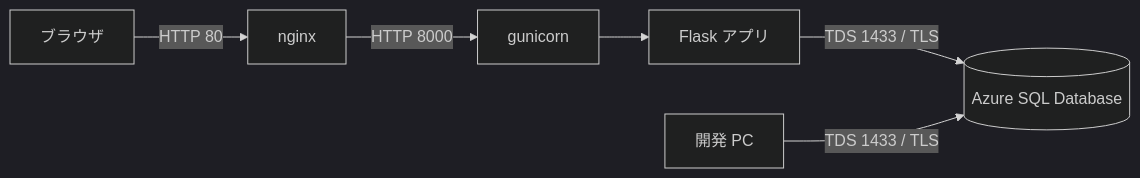
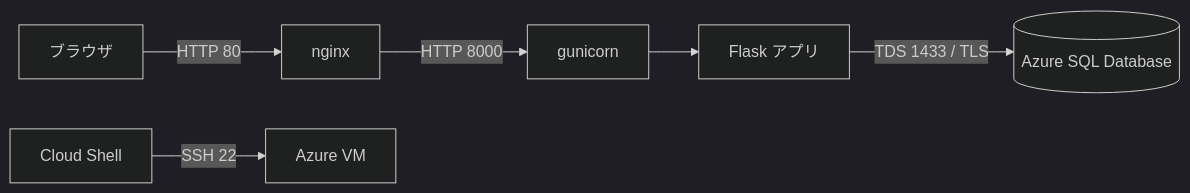
The second of 8 diagrams in docs/design.md (m-oka-system/mssql-todo-app), drawn with Mermaid (dark theme) before and after one commit. The commit also changed other lines of this file and 4 other files, not shown here.

Commit message:
docs: 受講者向け手順を Cloud Shell 前提に変更しトラブルシュートを分離

````diff
--- a/docs/design.md
+++ b/docs/design.md
@@ -69,8 +71,8 @@
 ```mermaid
 flowchart LR
     B[ブラウザ] -->|HTTP 80| N[nginx]
     N -->|HTTP 8000| G[gunicorn]
     G --> F[Flask アプリ]
     F -->|TDS 1433 / TLS| D[(Azure SQL Database)]
-    P[開発 PC] -->|TDS 1433 / TLS| D
+    P[Cloud Shell] -->|SSH 22| V[Azure VM]
 ```
````
